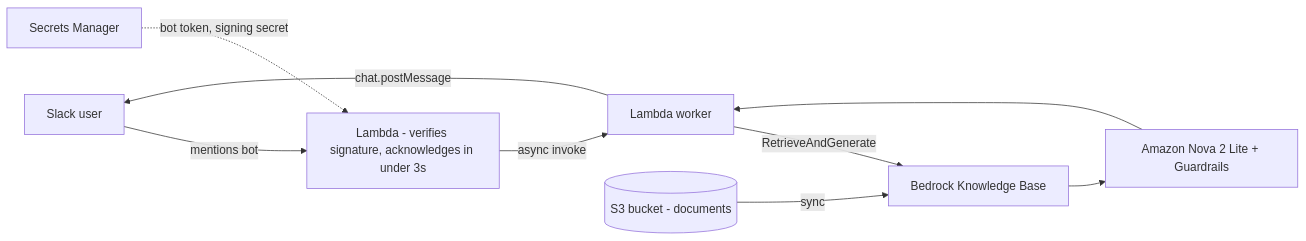
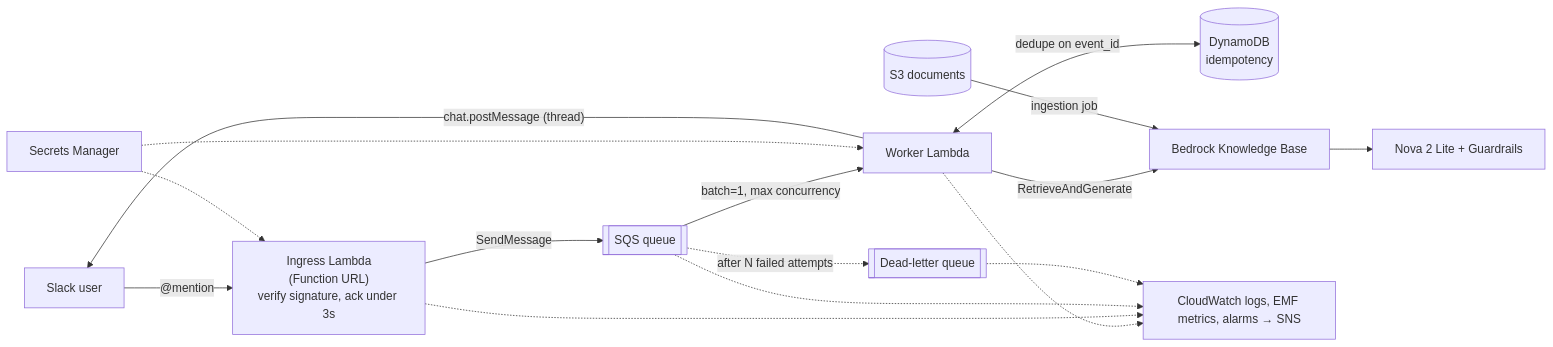
Before and after one commit to gatesachin1/slack-ai-rag-assistant: the diagram in README.md, drawn with Mermaid. The commit also changed other lines of this file and 28 other files, not shown here.

First line of the commit message:
Production hardening: SQS worker, idempotency, Terraform, CI

````diff
--- a/README.md
+++ b/README.md
@@ -9,11 +9,14 @@
 ```mermaid
 flowchart LR
-    U["Slack user"] -->|"mentions bot"| L1["Lambda - verifies signature, acknowledges in under 3s"]
-    L1 -->|"async invoke"| L2["Lambda worker"]
-    L2 -->|"RetrieveAndGenerate"| KB["Bedrock Knowledge Base"]
-    S3[("S3 bucket - documents")] -->|"sync"| KB
-    KB --> M["Amazon Nova 2 Lite + Guardrails"]
-    M --> L2
-    L2 -->|"chat.postMessage"| U
-    SM["Secrets Manager"] -.->|"bot token, signing secret"| L1
+    U["Slack user"] -->|"@mention"| IN["Ingress Lambda<br/>(Function URL)<br/>verify signature, ack under 3s"]
+    IN -->|"SendMessage"| Q[["SQS queue"]]
+    Q -->|"batch=1, max concurrency"| W["Worker Lambda"]
+    Q -. "after N failed attempts" .-> DLQ[["Dead-letter queue"]]
+    W <-->|"dedupe on event_id"| DDB[("DynamoDB<br/>idempotency")]
+    W -->|"RetrieveAndGenerate"| KB["Bedrock Knowledge Base"]
+    S3[("S3 documents")] -->|"ingestion job"| KB
+    KB --> M["Nova 2 Lite + Guardrails"]
+    W -->|"chat.postMessage (thread)"| U
+    SM["Secrets Manager"] -.-> IN & W
+    W & IN & Q & DLQ -.-> CW["CloudWatch logs, EMF metrics, alarms → SNS"]
 ```
````
